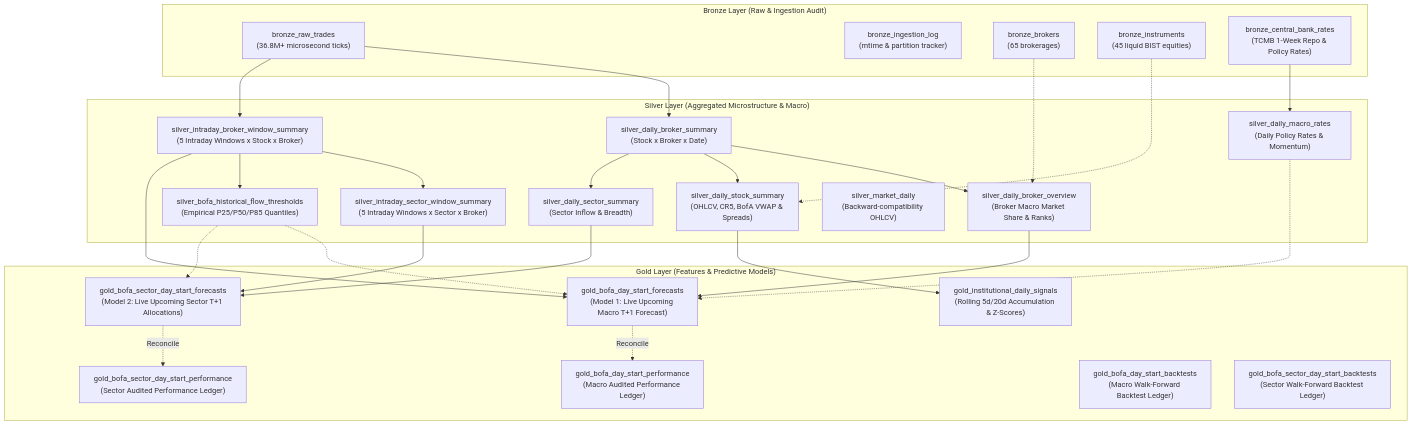
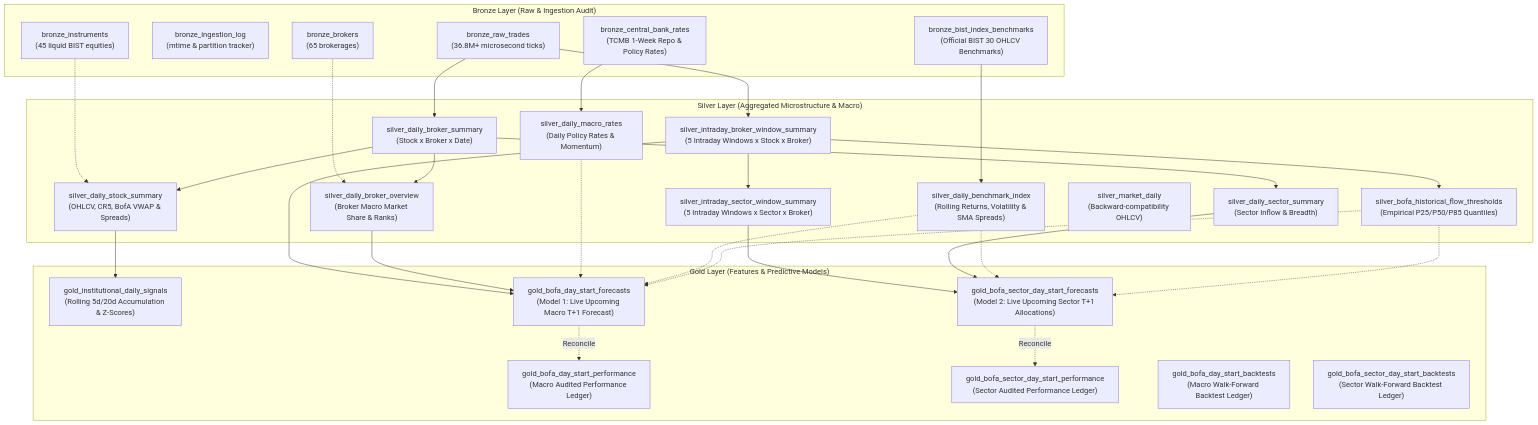
Before and after one commit to ozy-mdk/mdk-trade-oracle: the diagram in .agents/skills/mdk-medallion-pipeline/SKILL.md, drawn with Mermaid. The commit also changed other lines of this file and 17 other files, not shown here.

Commit message:
feat(benchmark): integrate official BIST 30 (XU030) index into Medallion pipeline and Day-Start models

````diff
--- a/.agents/skills/mdk-medallion-pipeline/SKILL.md
+++ b/.agents/skills/mdk-medallion-pipeline/SKILL.md
@@ -28,55 +28,60 @@
 ```mermaid
 flowchart TD
     subgraph Bronze["Bronze Layer (Raw & Ingestion Audit)"]
         B_RAW["bronze_raw_trades<br/>(36.8M+ microsecond ticks)"]
         B_LOG["bronze_ingestion_log<br/>(mtime & partition tracker)"]
         B_BROK["bronze_brokers<br/>(65 brokerages)"]
         B_INST["bronze_instruments<br/>(45 liquid BIST equities)"]
         B_CBRT["bronze_central_bank_rates<br/>(TCMB 1-Week Repo & Policy Rates)"]
+        B_BENCH["bronze_bist_index_benchmarks<br/>(Official BIST 30 OHLCV Benchmarks)"]
     end
 
     subgraph Silver["Silver Layer (Aggregated Microstructure & Macro)"]
         S_BROK_SUM["silver_daily_broker_summary<br/>(Stock x Broker x Date)"]
         S_BROK_OVR["silver_daily_broker_overview<br/>(Broker Macro Market Share & Ranks)"]
         S_STK_SUM["silver_daily_stock_summary<br/>(OHLCV, CR5, BofA VWAP & Spreads)"]
         S_SEC_SUM["silver_daily_sector_summary<br/>(Sector Inflow & Breadth)"]
         S_WIN_BROK["silver_intraday_broker_window_summary<br/>(5 Intraday Windows x Stock x Broker)"]
         S_WIN_SEC["silver_intraday_sector_window_summary<br/>(5 Intraday Windows x Sector x Broker)"]
         S_MACRO["silver_daily_macro_rates<br/>(Daily Policy Rates & Momentum)"]
+        S_BENCH["silver_daily_benchmark_index<br/>(Rolling Returns, Volatility & SMA Spreads)"]
         S_THRESH["silver_bofa_historical_flow_thresholds<br/>(Empirical P25/P50/P85 Quantiles)"]
         S_MKT["silver_market_daily<br/>(Backward-compatibility OHLCV)"]
     end
 
     subgraph Gold["Gold Layer (Features & Predictive Models)"]
         G_SIG["gold_institutional_daily_signals<br/>(Rolling 5d/20d Accumulation & Z-Scores)"]
         G_M1["gold_bofa_day_start_forecasts<br/>(Model 1: Live Upcoming Macro T+1 Forecast)"]
         G_M2["gold_bofa_sector_day_start_forecasts<br/>(Model 2: Live Upcoming Sector T+1 Allocations)"]
         G_M1_PERF["gold_bofa_day_start_performance<br/>(Macro Audited Performance Ledger)"]
         G_M2_PERF["gold_bofa_sector_day_start_performance<br/>(Sector Audited Performance Ledger)"]
         G_M1_BT["gold_bofa_day_start_backtests<br/>(Macro Walk-Forward Backtest Ledger)"]
         G_M2_BT["gold_bofa_sector_day_start_backtests<br/>(Sector Walk-Forward Backtest Ledger)"]
     end
 
     B_RAW --> S_BROK_SUM
     B_RAW --> S_WIN_BROK
     B_BROK -.-> S_BROK_OVR
     B_INST -.-> S_STK_SUM
     B_CBRT --> S_MACRO
+    B_BENCH --> S_BENCH
 
     S_BROK_SUM --> S_BROK_OVR
     S_BROK_SUM --> S_STK_SUM
     S_BROK_SUM --> S_SEC_SUM
     S_WIN_BROK --> S_WIN_SEC
     S_WIN_BROK --> S_THRESH
 
     S_STK_SUM --> G_SIG
     S_WIN_BROK --> G_M1
     S_BROK_OVR --> G_M1
     S_MACRO -.-> G_M1
+    S_BENCH -.-> G_M1
     S_THRESH -.-> G_M1
     S_WIN_SEC --> G_M2
     S_SEC_SUM --> G_M2
+    S_BENCH -.-> G_M2
     S_THRESH -.-> G_M2
     G_M1 -. Reconcile .-> G_M1_PERF
     G_M2 -. Reconcile .-> G_M2_PERF
 ```
````
